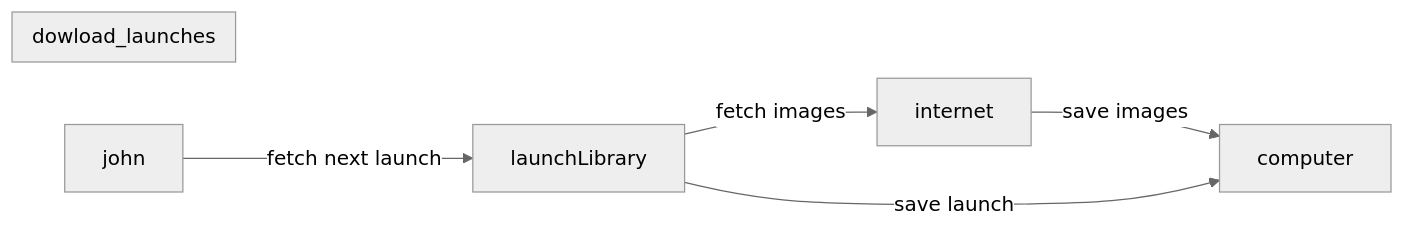
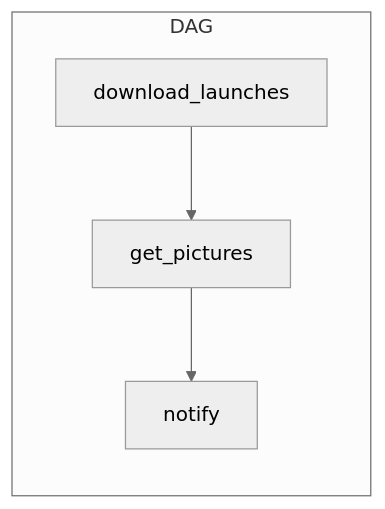
The first of 2 diagrams in p01-starting/c02-anatomy/README.md (wilsonify/data-pipelines-with-apache-airflow), drawn with Mermaid (neutral theme) before and after one commit. The commit also changed other lines of this file and 24 other files, not shown here.

````diff
--- a/p01-starting/c02-anatomy/README.md
+++ b/p01-starting/c02-anatomy/README.md
@@ -33,12 +33,6 @@
 ```mermaid
 graph LR
-    subgraph dowload_launches
-        
+    subgraph DAG
+        download_launches --> get_pictures --> notify
     end
-
-john -- fetch next launch --> launchLibrary -- fetch images --> internet
-
-internet -- save images --> computer
-
-launchLibrary -- save launch --> computer
 ```
````
